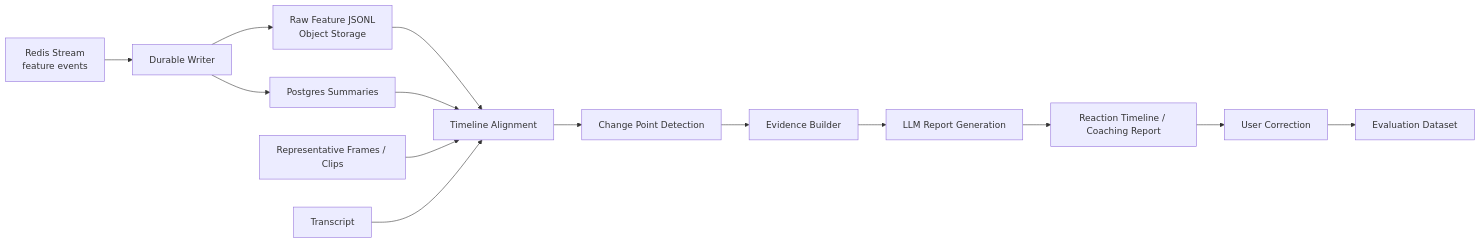
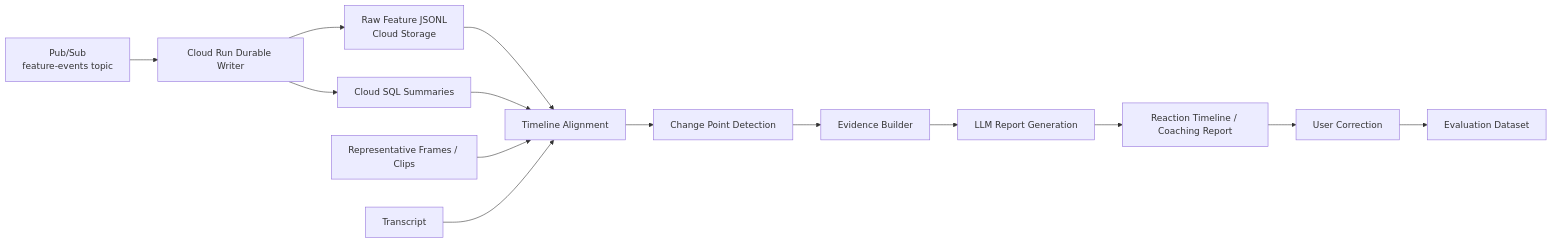
The sixth of 6 diagrams in plan/1st-plan.md (k-kanke/reaction-engine), drawn with Mermaid before and after one commit. The commit also changed other lines of this file and 2 other files, not shown here.

Commit message:
fix: replace for google cloud service

````diff
--- a/plan/1st-plan.md
+++ b/plan/1st-plan.md
@@ -392,30 +393,30 @@
 ```mermaid
 flowchart LR
-  stream["Redis Stream<br/>feature events"]
-  writer["Durable Writer"]
-  events["Raw Feature JSONL<br/>Object Storage"]
-  summaries["Postgres Summaries"]
+  stream["Pub/Sub<br/>feature-events topic"]
+  writer["Cloud Run Durable Writer"]
+  events["Raw Feature JSONL<br/>Cloud Storage"]
+  summaries["Cloud SQL Summaries"]
   media["Representative Frames / Clips"]
   transcript["Transcript"]
   align["Timeline Alignment"]
   change["Change Point Detection"]
   evidence["Evidence Builder"]
   llm["LLM Report Generation"]
   report["Reaction Timeline / Coaching Report"]
   feedback["User Correction"]
   eval["Evaluation Dataset"]
 
   stream --> writer
   writer --> events
   writer --> summaries
   events --> align
   summaries --> align
   media --> align
   transcript --> align
   align --> change
   change --> evidence
   evidence --> llm
   llm --> report
   report --> feedback
   feedback --> eval
 ```
````
